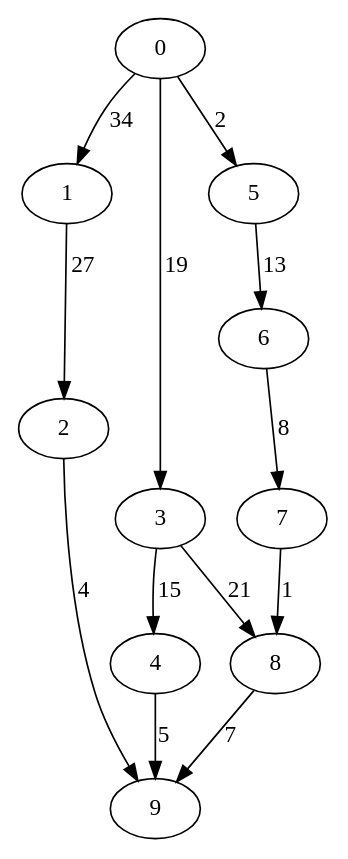
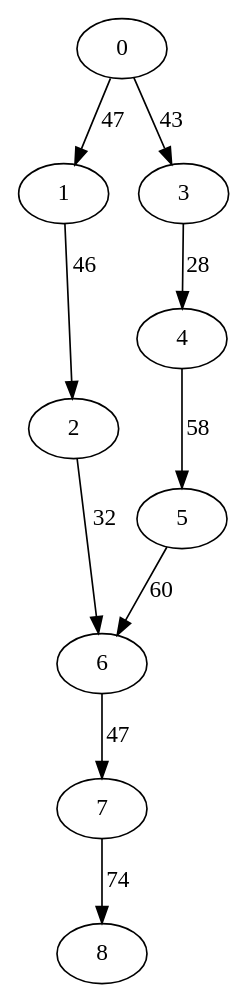
The diagram in dotfiles/data4.dot (asaloniti/DagScheduling), drawn with Graphviz before and after one commit. The commit also changed 27 other files, not shown here.

```diff
--- a/dotfiles/data4.dot
+++ b/dotfiles/data4.dot
@@ -1,14 +1,11 @@
 digraph data4 {
-0 -> 1 [ label = 34 ];
-0 -> 3 [ label = 19 ];
-0 -> 5 [ label = 2 ];
-1 -> 2 [ label = 27 ];
-2 -> 9 [ label = 4 ];
-3 -> 4 [ label = 15 ];
-3 -> 8 [ label = 21 ];
-4 -> 9 [ label = 5 ];
-5 -> 6 [ label = 13 ];
-6 -> 7 [ label = 8 ];
-7 -> 8 [ label = 1 ];
-8 -> 9 [ label = 7 ];
+0 -> 1 [ label = 47 ];
+0 -> 3 [ label = 43 ];
+1 -> 2 [ label = 46 ];
+2 -> 6 [ label = 32 ];
+3 -> 4 [ label = 28 ];
+4 -> 5 [ label = 58 ];
+5 -> 6 [ label = 60 ];
+6 -> 7 [ label = 47 ];
+7 -> 8 [ label = 74 ];
  }
```
